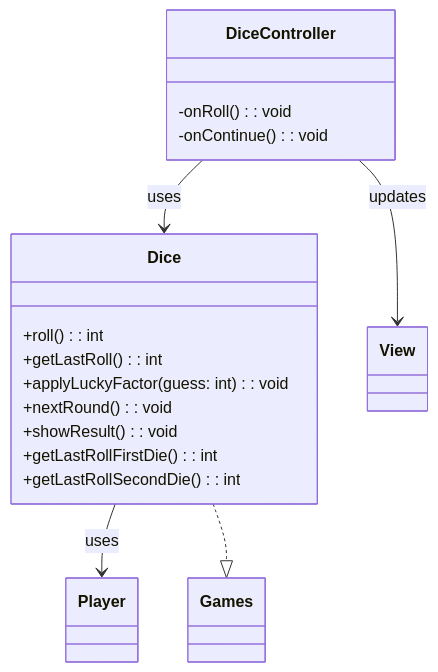
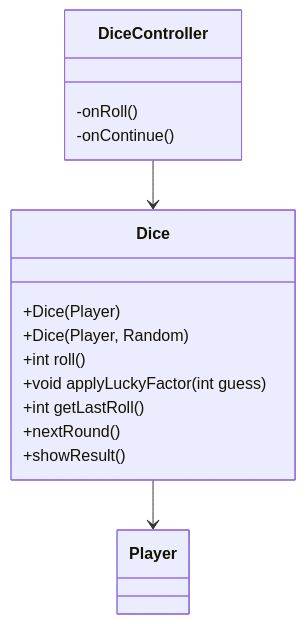
One commit to MatteoCalvanico/pss23-Calvanico-Monti-Ghinelli-VirtualCasino changed the sixth of 9 diagrams in Relazione.md. Above: the diagram before and after it, drawn with Mermaid.

Commit message:
update UML

````diff
--- a/Relazione.md
+++ b/Relazione.md
@@ -319,21 +319,18 @@
 ```mermaid
 classDiagram
 class Dice {
-    +roll(): int
-    +getLastRoll(): int
-    +applyLuckyFactor(guess: int): void
-    +nextRound(): void
-    +showResult(): void
-    +getLastRollFirstDie(): int
-    +getLastRollSecondDie(): int
+  +Dice(Player)
+  +Dice(Player, Random)
+  +int roll()
+  +void applyLuckyFactor(int guess)
+  +int getLastRoll()
+  +nextRound()
+  +showResult()
 }
-Dice --> Player : uses
-Dice ..|> Games
-
 class DiceController {
-    -onRoll(): void
-    -onContinue(): void
+  -onRoll()
+  -onContinue()
 }
-DiceController --> Dice : uses
-DiceController --> View : updates
+DiceController --> Dice
+Dice --> Player
 ```
````
